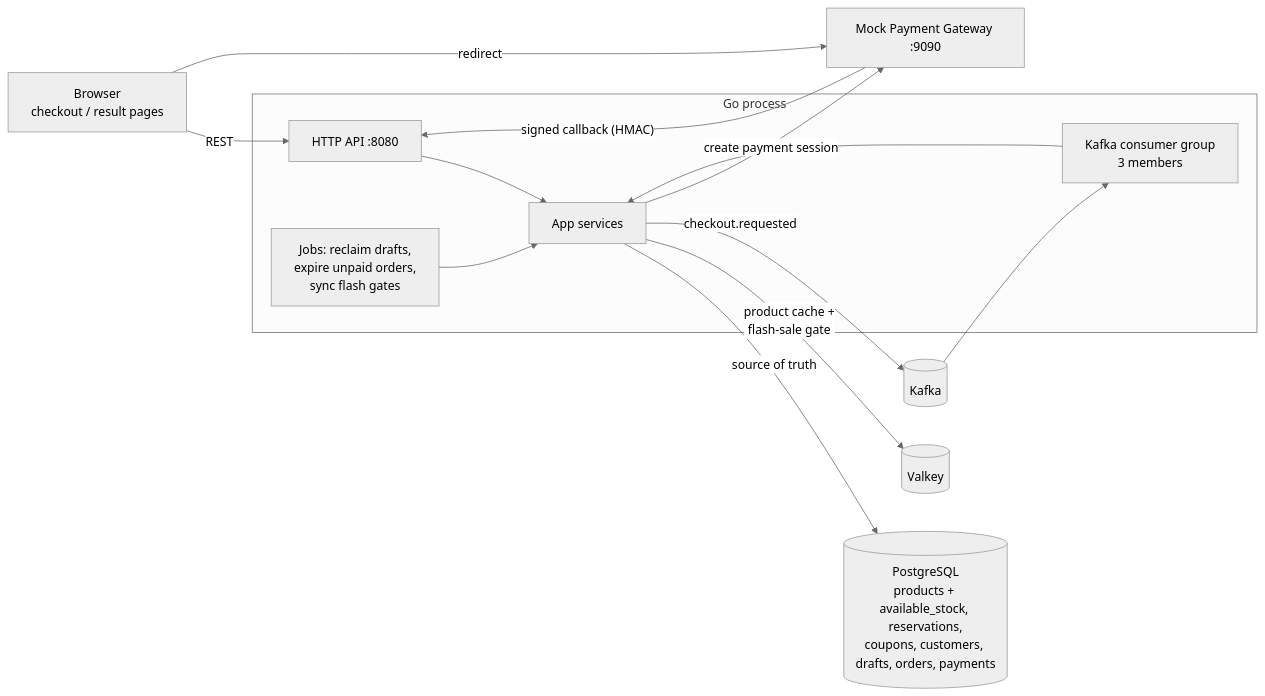
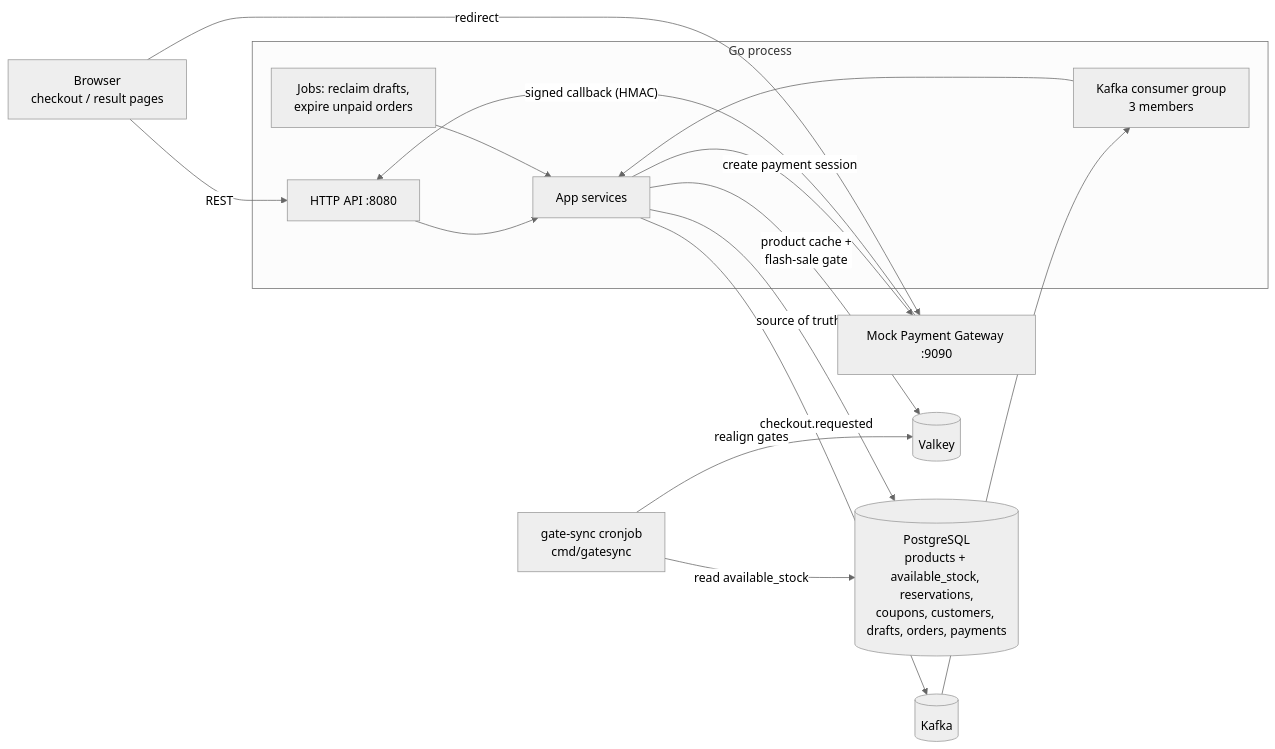
The first of 2 diagrams in README.md (Kaikai8888/simple-checkout-page), drawn with Mermaid (neutral theme) before and after one commit. The commit also changed other lines of this file and 10 other files, not shown here.

Commit message:
feat(stock): run flash gate sync as a standalone cronjob and init all missing gates at once

````diff
--- a/README.md
+++ b/README.md
@@ -59,18 +59,20 @@
 ```mermaid
 flowchart LR
   B[Browser<br/>checkout / result pages] -- REST --> API
   B -- redirect --> GW[Mock Payment Gateway :9090]
   GW -- signed callback (HMAC) --> API
 
   subgraph app[Go process]
     API[HTTP API :8080] --> SVC[App services]
     C[Kafka consumer group<br/>3 members] --> SVC
-    J[Jobs: reclaim drafts,<br/>expire unpaid orders,<br/>sync flash gates] --> SVC
+    J[Jobs: reclaim drafts,<br/>expire unpaid orders] --> SVC
   end
+  GS[gate-sync cronjob<br/>cmd/gatesync] -- realign gates --> VK
+  GS -- read available_stock --> PG
 
   SVC -- source of truth --> PG[(PostgreSQL<br/>products + available_stock, reservations,<br/>coupons, customers, drafts, orders, payments)]
   SVC -- product cache +<br/>flash-sale gate --> VK[(Valkey)]
   SVC -- checkout.requested --> K[(Kafka)]
   K --> C
   SVC -- create payment session --> GW
 ```
````
